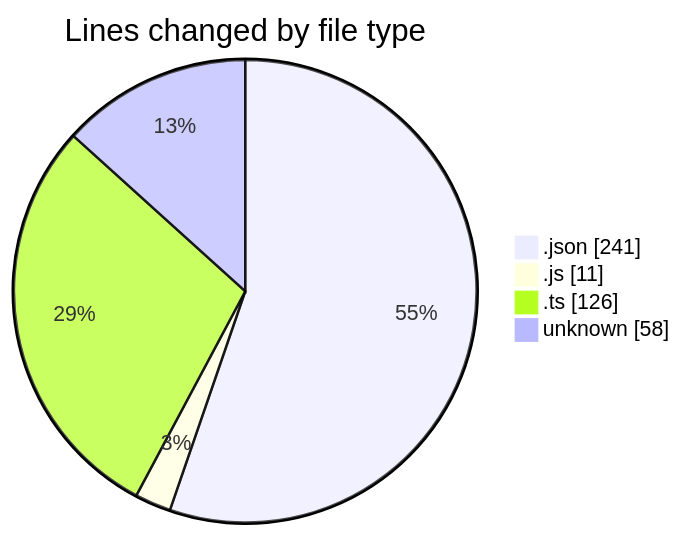
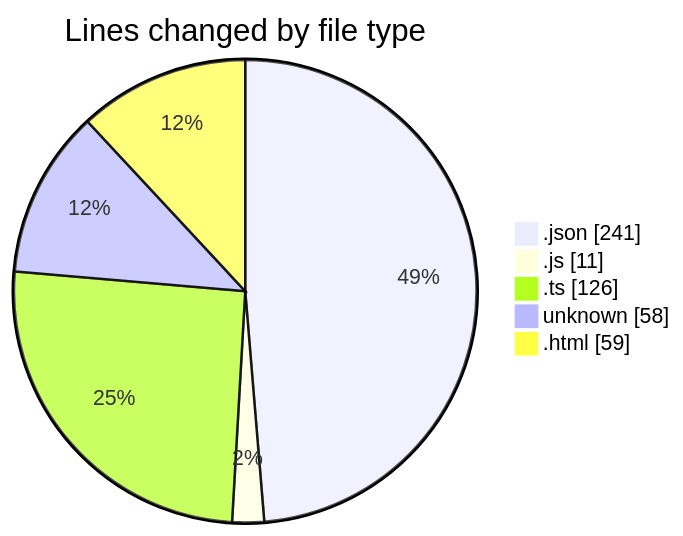
One commit to momahboobian/code-tracking changed the first of 2 diagrams in 2025-05-12/news-clock-system-caspercg/README.md. Above: the diagram before and after it, drawn with Mermaid. The commit also changed other lines of this file and 1 other file, not shown here.

````diff
--- a/2025-05-12/news-clock-system-caspercg/README.md
+++ b/2025-05-12/news-clock-system-caspercg/README.md
@@ -24,8 +25,9 @@
 ```mermaid
 pie showData
 title Lines changed by file type
 ".json" : 241
 ".js" : 11
 ".ts" : 126
 "unknown" : 58
+".html" : 59
 ```
````
